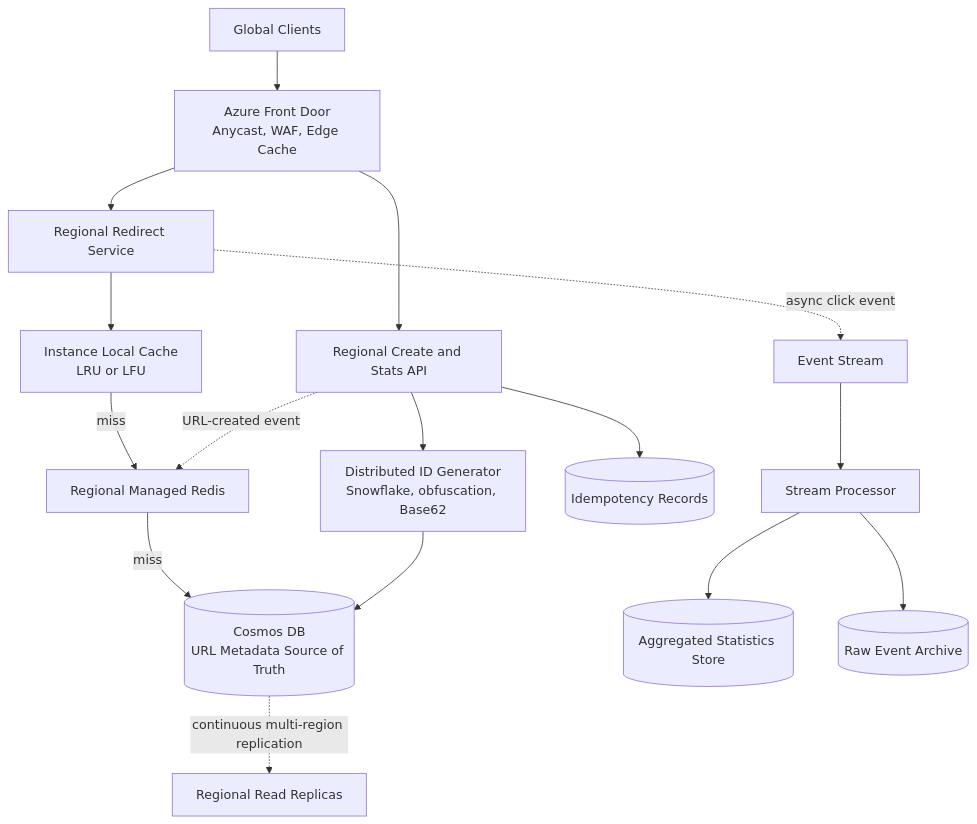
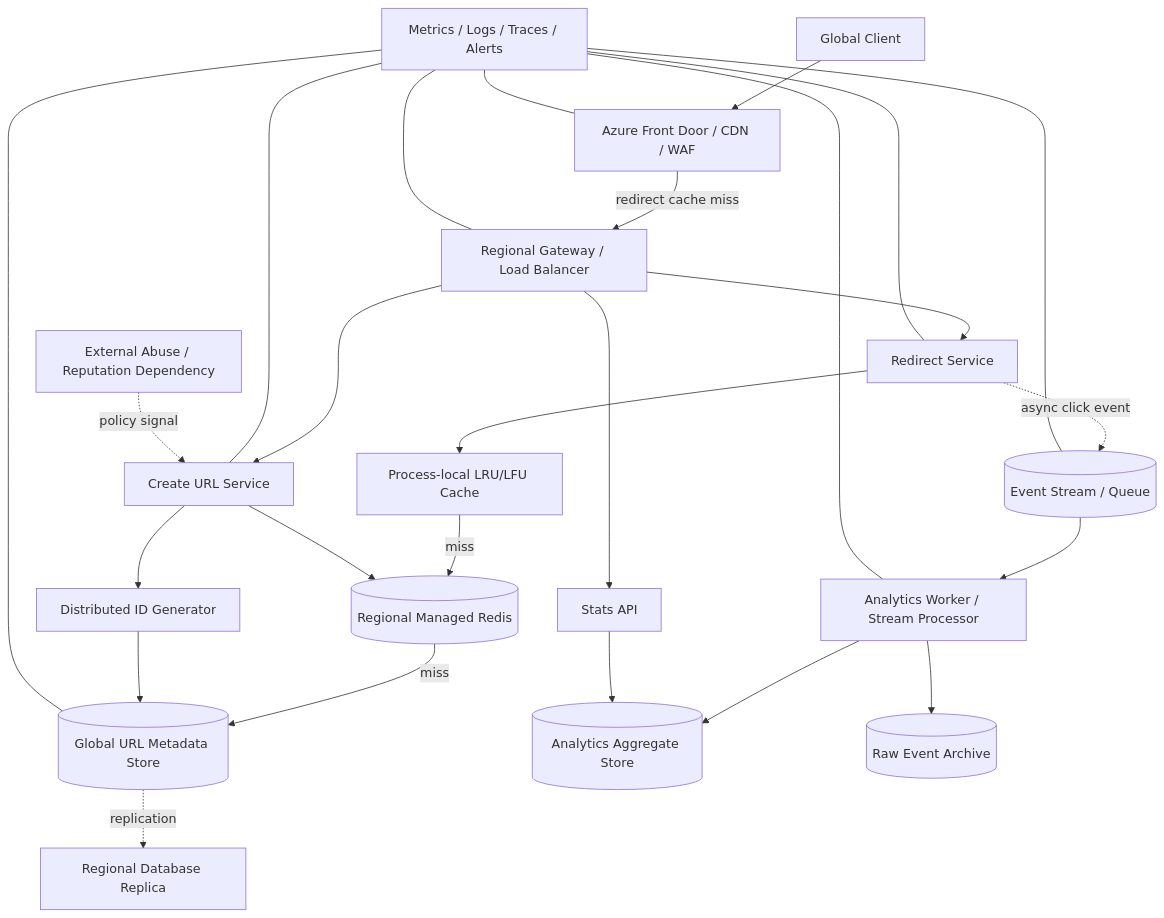
Before and after one commit to Aniels/system-design-portfolio: the diagram in case-studies/01-url-shortener/README.md, drawn with Mermaid. The commit also changed other lines of this file and 4 other files, not shown here.

First line of the commit message:
Agent/global url shortener case study (#7)

````diff
--- a/case-studies/01-url-shortener/README.md
+++ b/case-studies/01-url-shortener/README.md
@@ -177,23 +308,32 @@
 ```mermaid
-flowchart TD
-    Client[Global Clients] --> AFD[Azure Front Door\nAnycast, WAF, Edge Cache]
+flowchart TB
+    Client[Global Client] --> Edge[Azure Front Door / CDN / WAF]
+    Edge -->|redirect cache miss| Gateway[Regional Gateway / Load Balancer]
+    Gateway --> Redirect[Redirect Service]
+    Gateway --> Create[Create URL Service]
+    Gateway --> Stats[Stats API]
 
-    AFD --> R1[Regional Redirect Service]
-    AFD --> C1[Regional Create and Stats API]
+    Redirect --> L1[Process-local LRU/LFU Cache]
+    L1 -->|miss| L2[(Regional Managed Redis)]
+    L2 -->|miss| Metadata[(Global URL Metadata Store)]
+    Create --> IdGen[Distributed ID Generator]
+    IdGen --> Metadata
+    Create --> L2
 
-    R1 --> L1[Instance Local Cache\nLRU or LFU]
-    L1 -->|miss| Redis[Regional Managed Redis]
-    Redis -->|miss| Cosmos[(Cosmos DB\nURL Metadata Source of Truth)]
+    Redirect -. async click event .-> Queue[(Event Stream / Queue)]
+    Queue --> Worker[Analytics Worker / Stream Processor]
+    Worker --> Aggregate[(Analytics Aggregate Store)]
+    Worker --> Archive[(Raw Event Archive)]
+    Stats --> Aggregate
 
-    C1 --> Generator[Distributed ID Generator\nSnowflake, obfuscation, Base62]
-    Generator --> Cosmos
-    C1 --> Idempotency[(Idempotency Records)]
+    Metadata -. replication .-> Replica[Regional Database Replica]
+    Obs[Metrics / Logs / Traces / Alerts] --- Edge
+    Obs --- Gateway
+    Obs --- Redirect
+    Obs --- Create
+    Obs --- Queue
+    Obs --- Worker
+    Obs --- Metadata
 
-    R1 -. async click event .-> EventHub[Event Stream]
-    EventHub --> Processor[Stream Processor]
-    Processor --> Stats[(Aggregated Statistics Store)]
-    Processor --> Raw[(Raw Event Archive)]
-
-    Cosmos -. continuous multi-region replication .-> Replica[Regional Read Replicas]
-    C1 -. URL-created event .-> Redis
+    Abuse[External Abuse / Reputation Dependency] -. policy signal .-> Create
 ```
````
